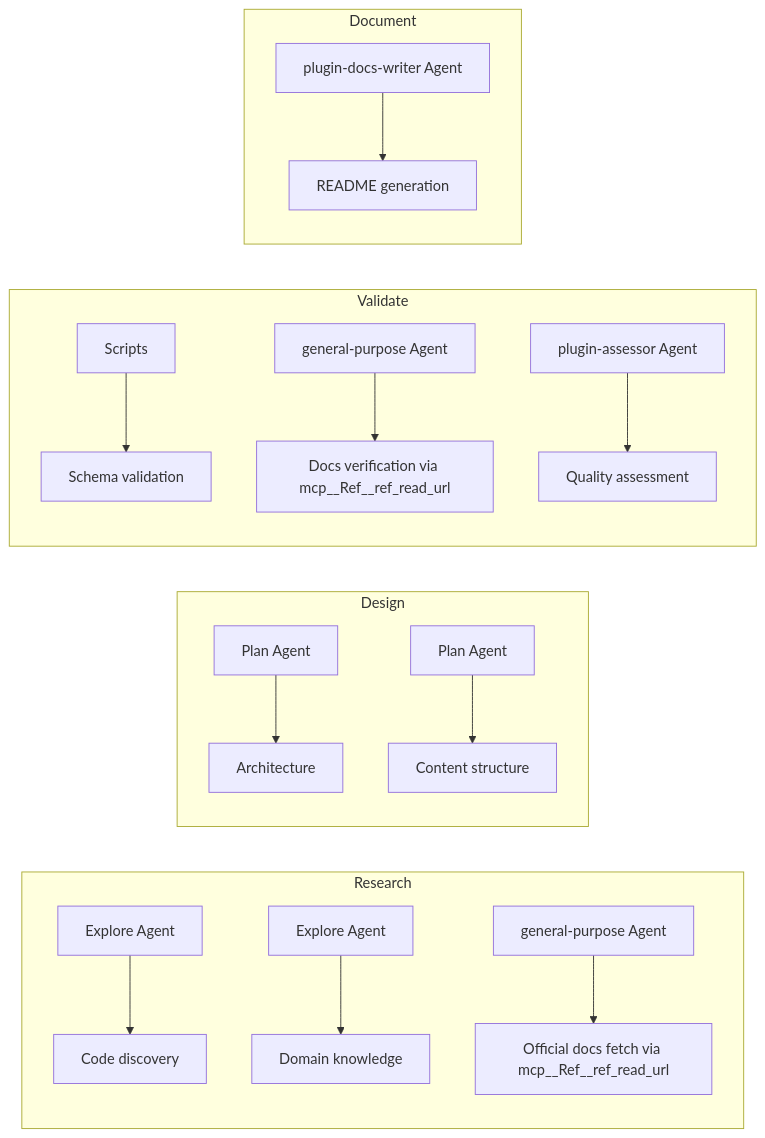
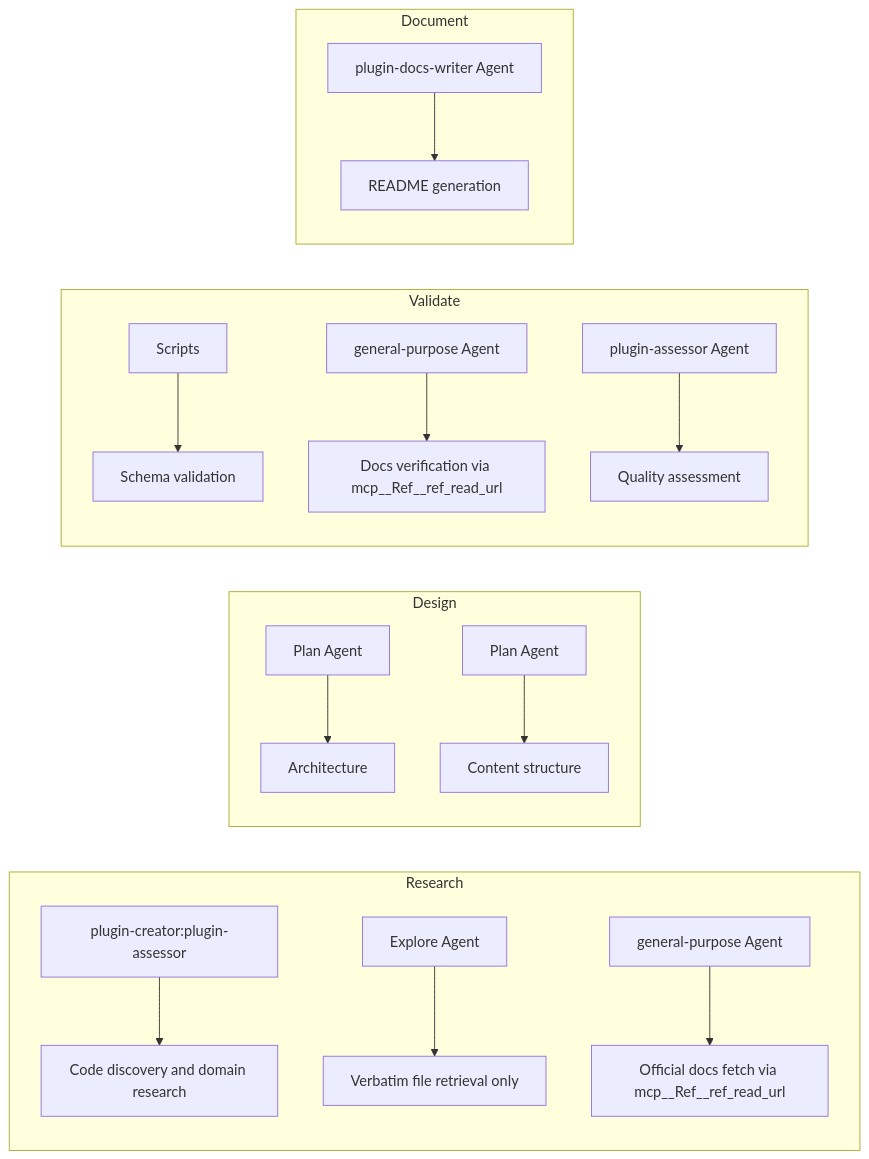
One commit to chgreer1070/claude_skills changed the ninth of 11 diagrams in plugins/plugin-creator/skills/plugin-creator/references/workflow-diagram.md. Above: the diagram before and after it, drawn with Mermaid. The commit also changed other lines of this file and 37 other files, not shown here.

````diff
--- a/plugins/plugin-creator/skills/plugin-creator/references/workflow-diagram.md
+++ b/plugins/plugin-creator/skills/plugin-creator/references/workflow-diagram.md
@@ -191,23 +191,23 @@
 ```mermaid
 flowchart LR
     subgraph Research
-        R1[Explore Agent] --> R1T[Code discovery]
-        R2[Explore Agent] --> R2T[Domain knowledge]
+        R1[plugin-creator:plugin-assessor] --> R1T[Code discovery and domain research]
+        R2[Explore Agent] --> R2T[Verbatim file retrieval only]
         R3[general-purpose Agent] --> R3T[Official docs fetch via mcp__Ref__ref_read_url]
     end
 
     subgraph Design
         D1[Plan Agent] --> D1T[Architecture]
         D2[Plan Agent] --> D2T[Content structure]
     end
 
     subgraph Validate
         V1[Scripts] --> V1T[Schema validation]
         V2[general-purpose Agent] --> V2T[Docs verification via mcp__Ref__ref_read_url]
         V3[plugin-assessor Agent] --> V3T[Quality assessment]
     end
 
     subgraph Document
         DOC[plugin-docs-writer Agent] --> DOCT[README generation]
     end
 ```
````
